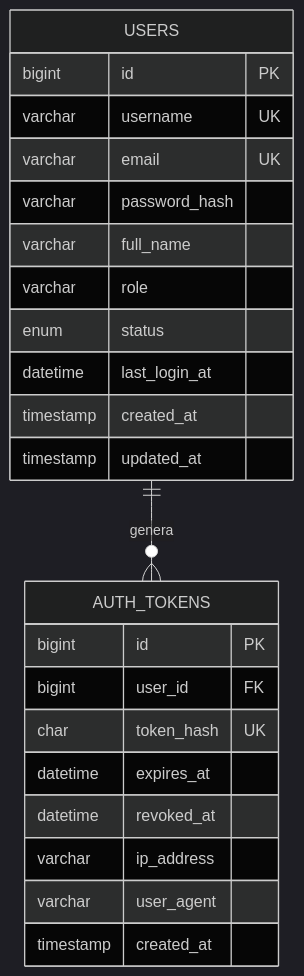
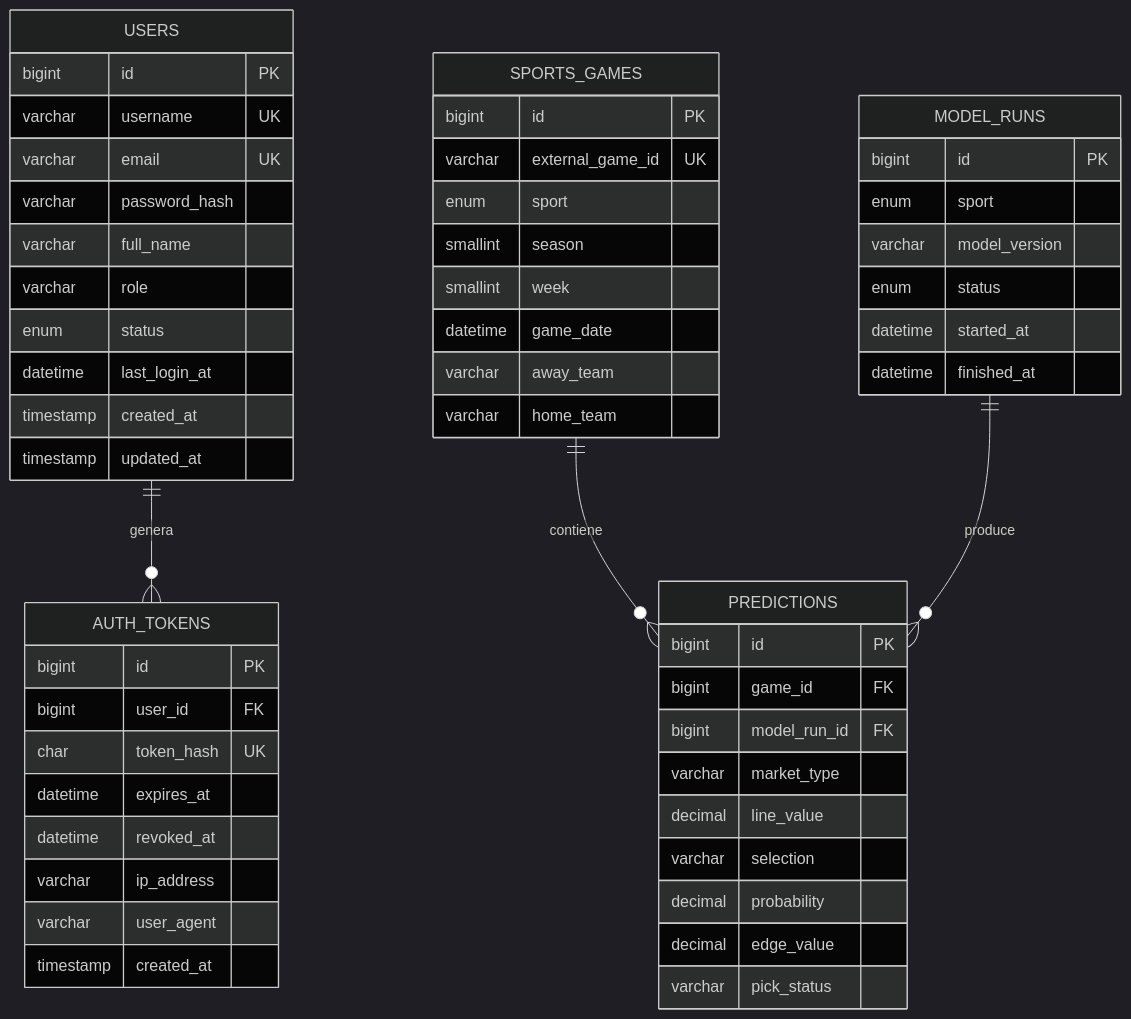
Before and after one commit to RicardoCR72/MyApp: the diagram in docs/modelo-datos.md, drawn with Mermaid (dark theme). The commit also changed other lines of this file and 111 other files, not shown here.

````diff
--- a/docs/modelo-datos.md
+++ b/docs/modelo-datos.md
@@ -5,28 +5,62 @@
 ```mermaid
 erDiagram
     USERS ||--o{ AUTH_TOKENS : genera
+    SPORTS_GAMES ||--o{ PREDICTIONS : contiene
+    MODEL_RUNS ||--o{ PREDICTIONS : produce
 
     USERS {
         bigint id PK
         varchar username UK
         varchar email UK
         varchar password_hash
         varchar full_name
         varchar role
         enum status
         datetime last_login_at
         timestamp created_at
         timestamp updated_at
     }
 
     AUTH_TOKENS {
         bigint id PK
         bigint user_id FK
         char token_hash UK
         datetime expires_at
         datetime revoked_at
         varchar ip_address
         varchar user_agent
         timestamp created_at
     }
+
+    SPORTS_GAMES {
+        bigint id PK
+        varchar external_game_id UK
+        enum sport
+        smallint season
+        smallint week
+        datetime game_date
+        varchar away_team
+        varchar home_team
+    }
+
+    MODEL_RUNS {
+        bigint id PK
+        enum sport
+        varchar model_version
+        enum status
+        datetime started_at
+        datetime finished_at
+    }
+
+    PREDICTIONS {
+        bigint id PK
+        bigint game_id FK
+        bigint model_run_id FK
+        varchar market_type
+        decimal line_value
+        varchar selection
+        decimal probability
+        decimal edge_value
+        varchar pick_status
+    }
 ```
````
